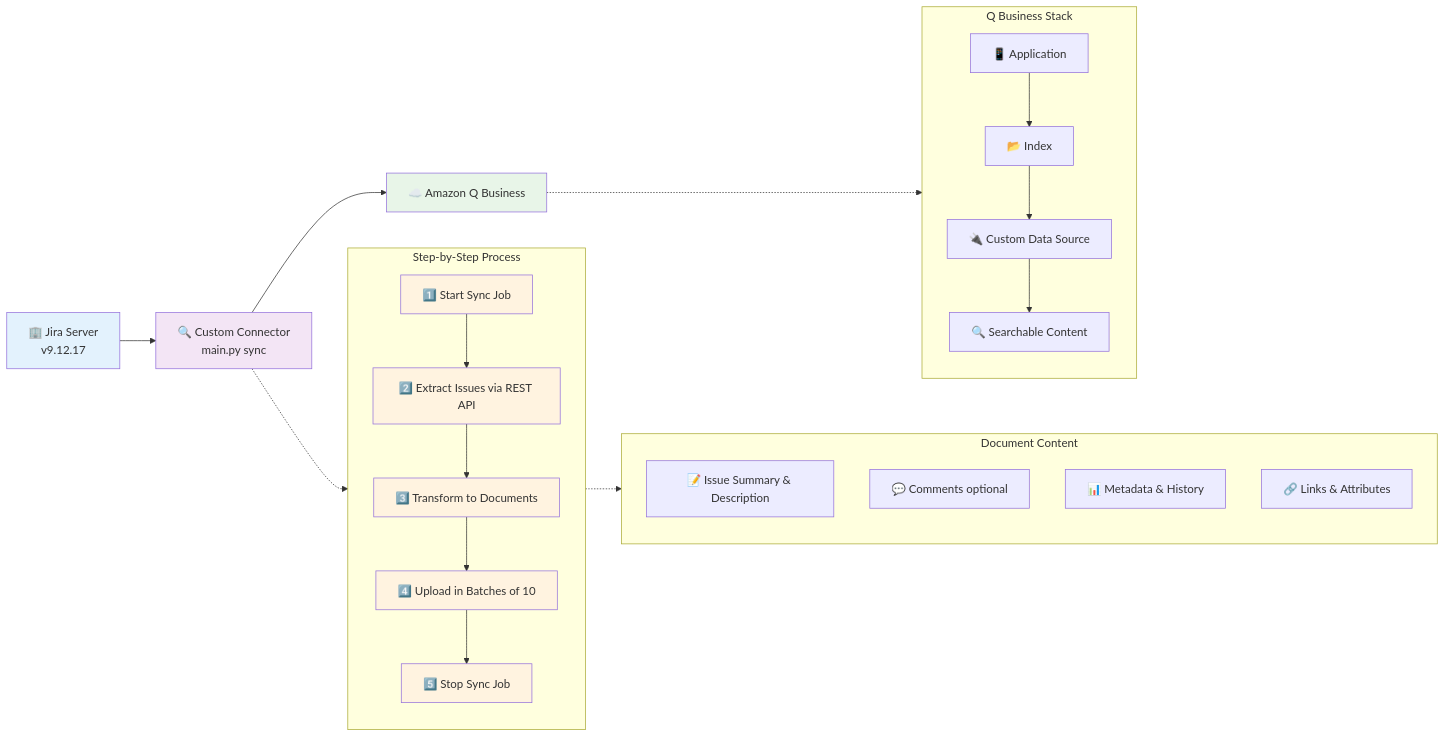
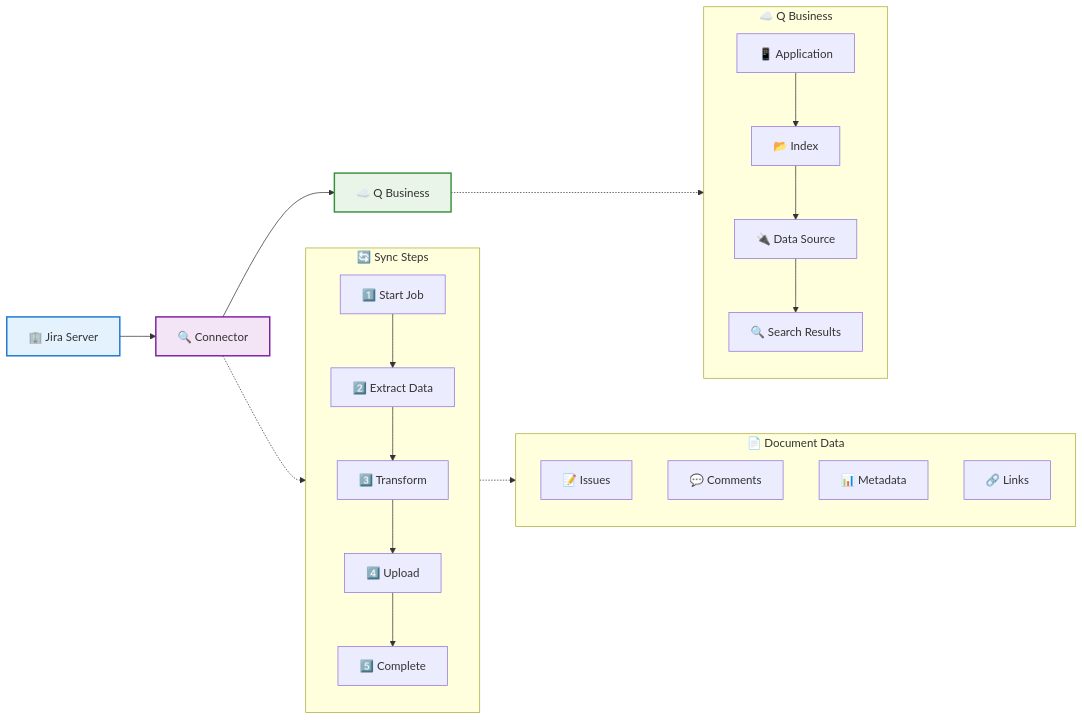
One commit to kpx-dev/q-business-jira-on-prem-connector changed the diagram in README.md. Above: the diagram before and after it, drawn with Mermaid. The commit also changed other lines of this file and 1 other file, not shown here.

Commit message:
📈 Dramatically improve diagram text readability - Shortened all node text to 1-2 words for clarity - Removed line breaks and long descriptions from diagram nodes - Enhanced detailed explanation below diagram with full context - Added better visual styling with colored borders

````diff
--- a/README.md
+++ b/README.md
@@ -7,52 +7,41 @@
 ```mermaid
 graph LR
-    A[🏢 Jira Server<br/>v9.12.17] --> B[🔍 Custom Connector<br/>main.py sync]
-    B --> C[☁️ Amazon Q Business]
+    A[🏢 Jira Server] --> B[🔍 Connector] --> C[☁️ Q Business]
     
-    subgraph "Step-by-Step Process"
+    subgraph Process ["🔄 Sync Steps"]
         direction TB
-        S1[1️⃣ Start Sync Job]
-        S2[2️⃣ Extract Issues via REST API]
-        S3[3️⃣ Transform to Documents]
-        S4[4️⃣ Upload in Batches of 10]
-        S5[5️⃣ Stop Sync Job]
+        S1[1️⃣ Start Job]
+        S2[2️⃣ Extract Data]
+        S3[3️⃣ Transform]
+        S4[4️⃣ Upload]
+        S5[5️⃣ Complete]
         
-        S1 --> S2
-        S2 --> S3
-        S3 --> S4
-        S4 --> S5
+        S1 --> S2 --> S3 --> S4 --> S5
     end
     
-    subgraph "Document Content"
+    subgraph Content ["📄 Document Data"]
         direction TB
-        D1[📝 Issue Summary & Description]
-        D2[💬 Comments optional]
-        D3[📊 Metadata & History]
-        D4[🔗 Links & Attributes]
+        D1[📝 Issues]
+        D2[💬 Comments]
+        D3[📊 Metadata]
+        D4[🔗 Links]
     end
     
-    subgraph "Q Business Stack"
+    subgraph QStack ["☁️ Q Business"]
         direction TB
         Q1[📱 Application]
         Q2[📂 Index]
-        Q3[🔌 Custom Data Source]
-        Q4[🔍 Searchable Content]
+        Q3[🔌 Data Source]
+        Q4[🔍 Search Results]
         
-        Q1 --> Q2
-        Q2 --> Q3
-        Q3 --> Q4
+        Q1 --> Q2 --> Q3 --> Q4
     end
     
     B -.-> S1
     S3 -.-> D1
     C -.-> Q1
     
-    style A fill:#e3f2fd
-    style B fill:#f3e5f5
-    style C fill:#e8f5e8
-    style S1 fill:#fff3e0
-    style S2 fill:#fff3e0
-    style S3 fill:#fff3e0
-    style S4 fill:#fff3e0
-    style S5 fill:#fff3e0
+    style A fill:#e3f2fd,stroke:#1976d2,stroke-width:2px
+    style B fill:#f3e5f5,stroke:#7b1fa2,stroke-width:2px
+    style C fill:#e8f5e8,stroke:#388e3c,stroke-width:2px
 ```
````
